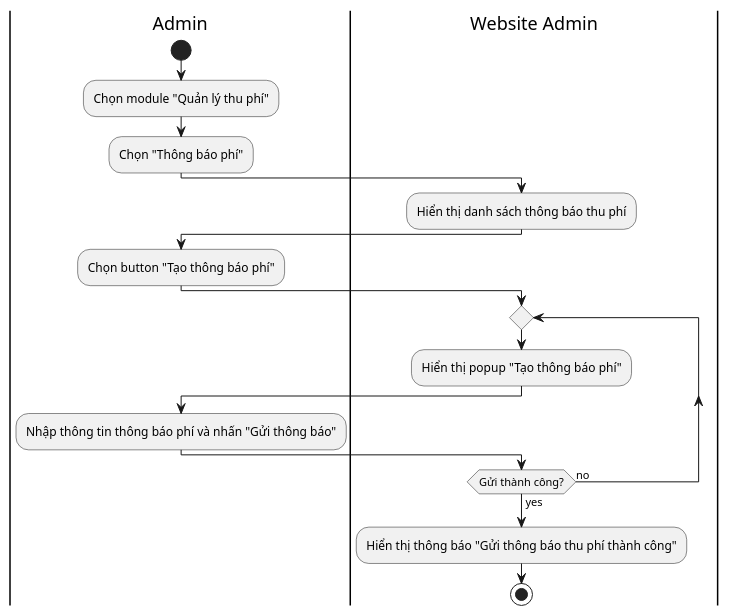
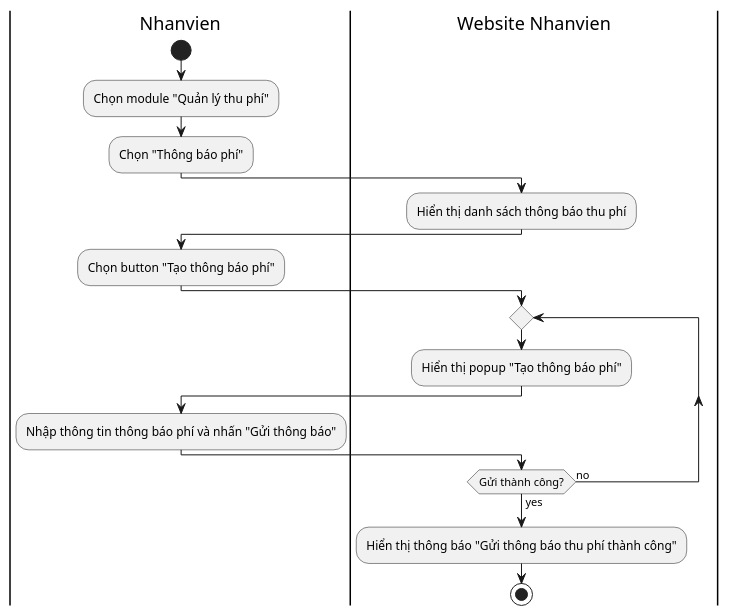
Before and after one commit to QuickyBooster/SE357-Pratice-class: the diagram in Lab1/Lab1.2/Activity Diagram/Quản lý thu phí/Tạo thông báo phí.plantuml, drawn with PlantUML. The commit also changed 3 other files, not shown here.

Commit message:
THUYDUONG UPDATE SEQUENCE

```diff
--- a/Lab1/Lab1.2/Activity Diagram/Quản lý thu phí/Tạo thông báo phí.plantuml
+++ b/Lab1/Lab1.2/Activity Diagram/Quản lý thu phí/Tạo thông báo phí.plantuml
@@ -1,20 +1,20 @@
 @startuml
 
-|Admin|
+|Nhanvien|
 start
 :Chọn module "Quản lý thu phí";
 :Chọn "Thông báo phí";
-|Website Admin|
+|Website Nhanvien|
 :Hiển thị danh sách thông báo thu phí;
-|Admin|
+|Nhanvien|
 :Chọn button "Tạo thông báo phí";
-|Website Admin|
+|Website Nhanvien|
 repeat
 :Hiển thị popup "Tạo thông báo phí";
-|Admin|
+|Nhanvien|
 :Nhập thông tin thông báo phí và nhấn "Gửi thông báo";
-|Website Admin|
+|Website Nhanvien|
 repeat while (Gửi thành công?) is (no) not (yes);
 :Hiển thị thông báo "Gửi thông báo thu phí thành công";
 stop
 @enduml
```
